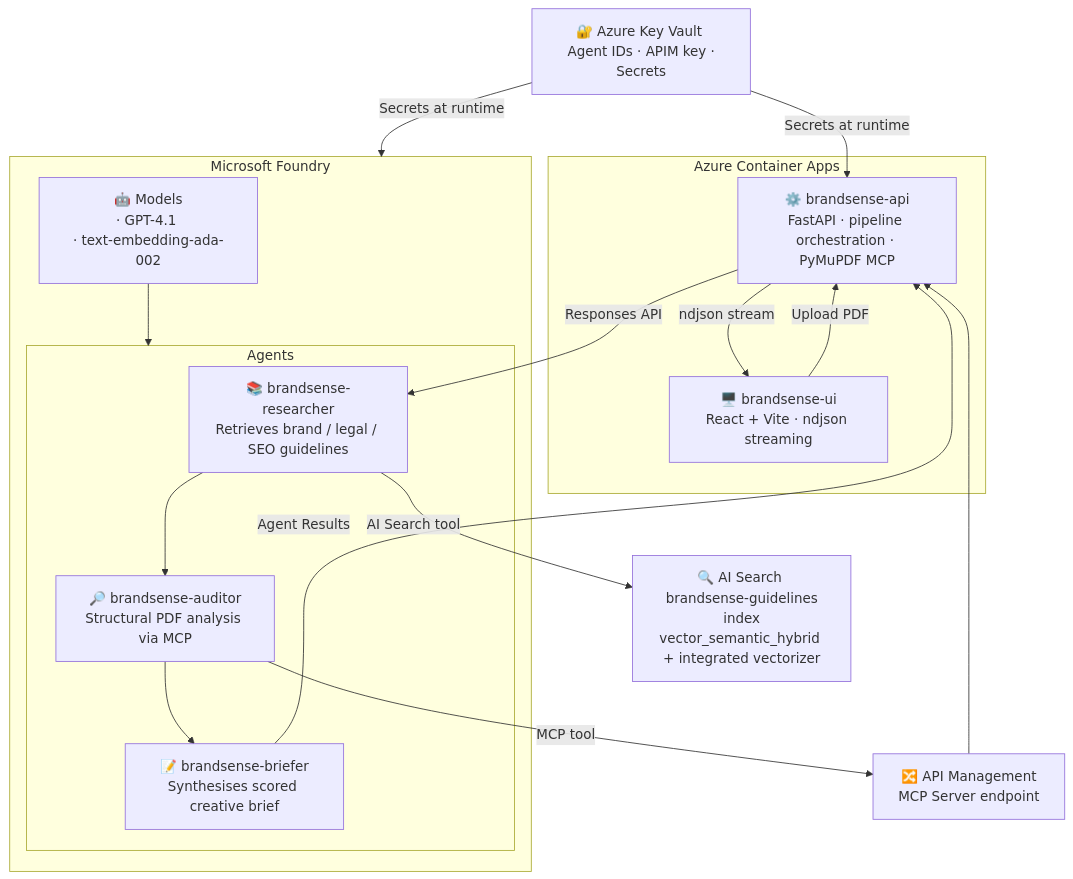
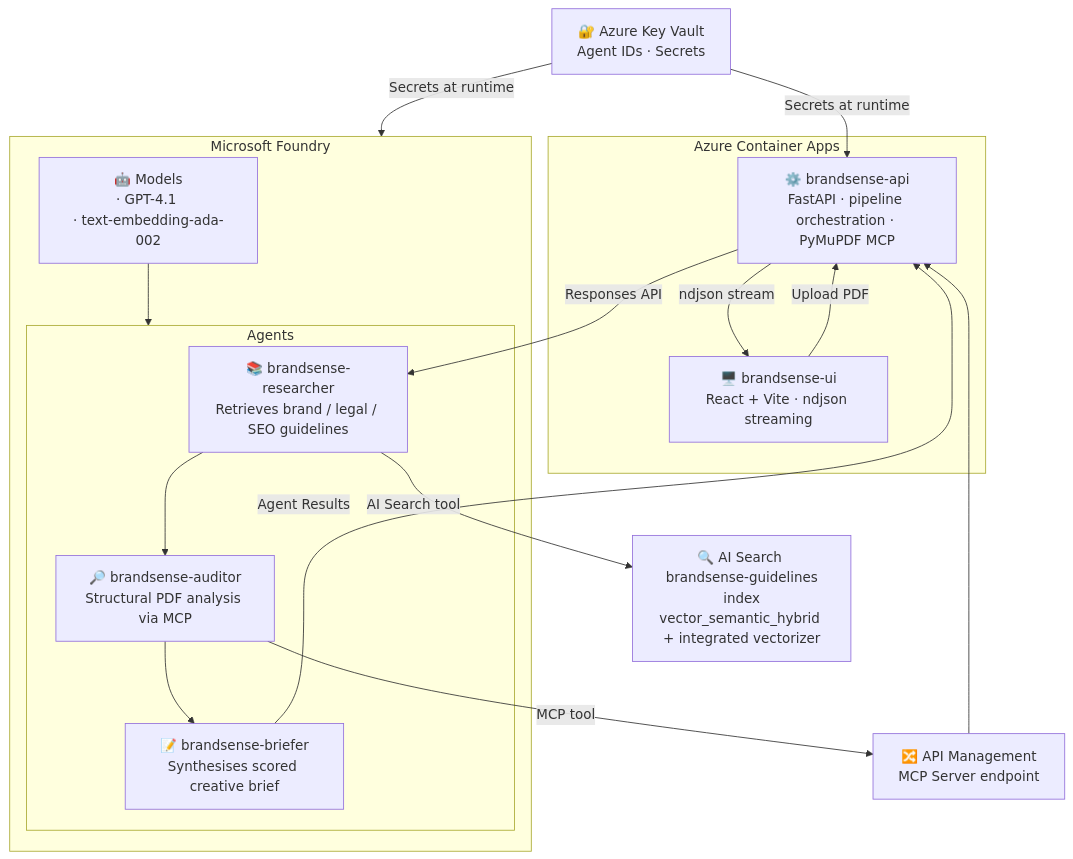
Before and after one commit to jonathanscholtes/Azure-AI-Foundry-BrandSense: the diagram in README.md, drawn with Mermaid. The commit also changed other lines of this file and 7 other files, not shown here.

````diff
--- a/README.md
+++ b/README.md
@@ -27,38 +30,38 @@
 ```mermaid
 flowchart TD
-    KV["🔐 Azure Key Vault <br/> Agent IDs · APIM key · Secrets"]
+    KV["🔐 Azure Key Vault <br/> Agent IDs · Secrets"]
     SEARCH["🔍 AI Search <br/> brandsense-guidelines index<br/>vector_semantic_hybrid + integrated vectorizer"]
     
 
     subgraph FOUNDRY["Microsoft Foundry"]
 
         Models["🤖 Models<br/>· GPT-4.1 <br/>· text-embedding-ada-002"]
 
         subgraph AGENTS["Agents"]
             RESEARCHER["📚 brandsense-researcher<br/>Retrieves brand / legal / SEO guidelines"]
             AUDITOR["🔎 brandsense-auditor<br/>Structural PDF analysis via MCP"]
             BRIEFER["📝 brandsense-briefer<br/>Synthesises scored creative brief"]
         end
     end
 
     subgraph CONTAINER_APPS["Azure Container Apps"]
         API["⚙️ brandsense-api\nFastAPI · pipeline orchestration · PyMuPDF MCP"]
         UI["🖥️ brandsense-ui\nReact + Vite · ndjson streaming"]
     end
 
     APIM["🔀 API Management\nMCP Server endpoint"]
    
 
     UI -->|"Upload PDF"| API
     API -->|"Responses API"| RESEARCHER
     Models --> AGENTS
     RESEARCHER -->|"AI Search tool"| SEARCH
     RESEARCHER --> AUDITOR
     AUDITOR -->|"MCP tool"| APIM
     APIM --> API
     AUDITOR --> BRIEFER
     BRIEFER -->|"Agent Results"| API
     API -->|"ndjson stream"| UI
     KV -->|"Secrets at runtime"| API & FOUNDRY
  
 ```
````
